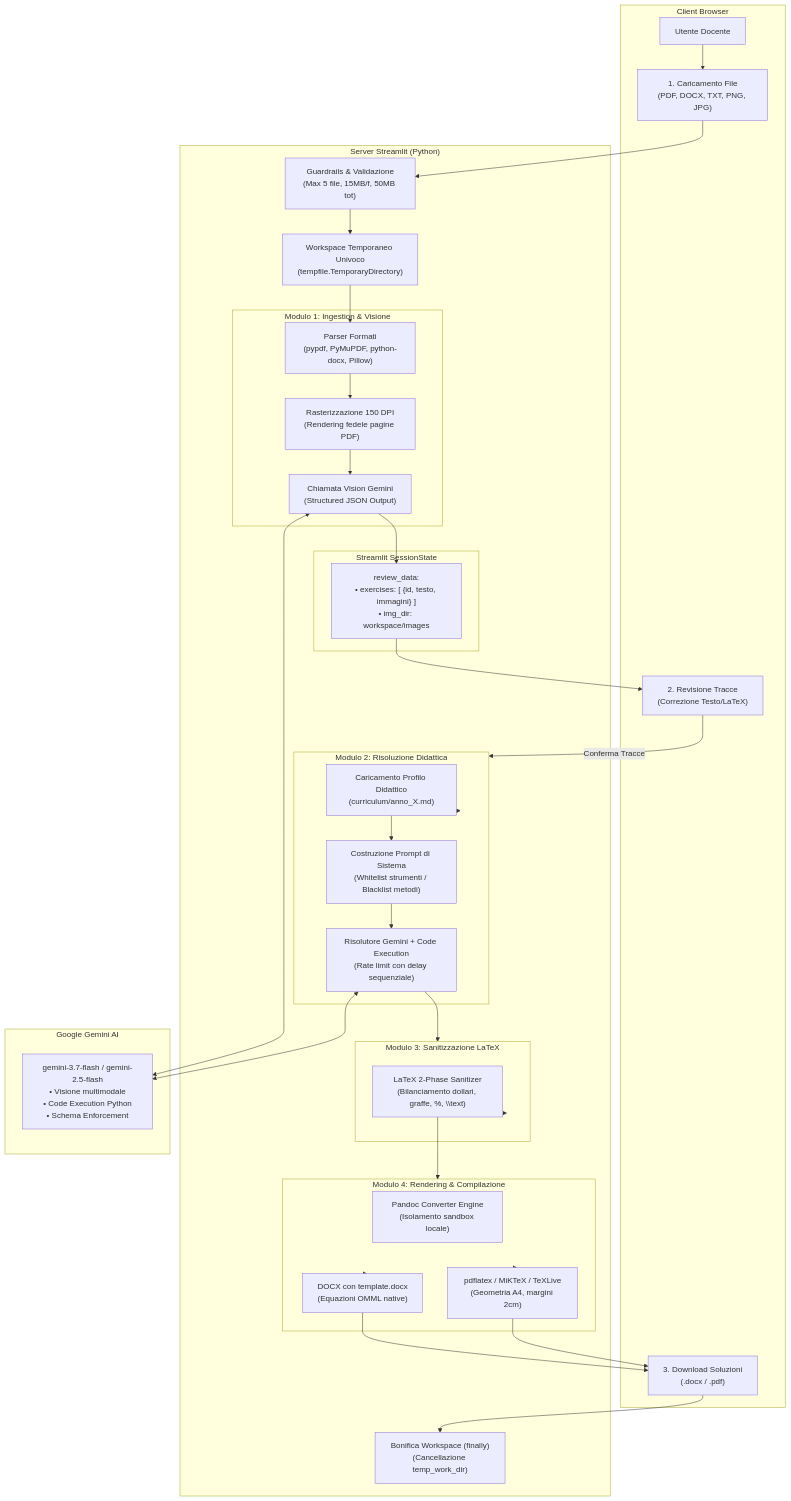
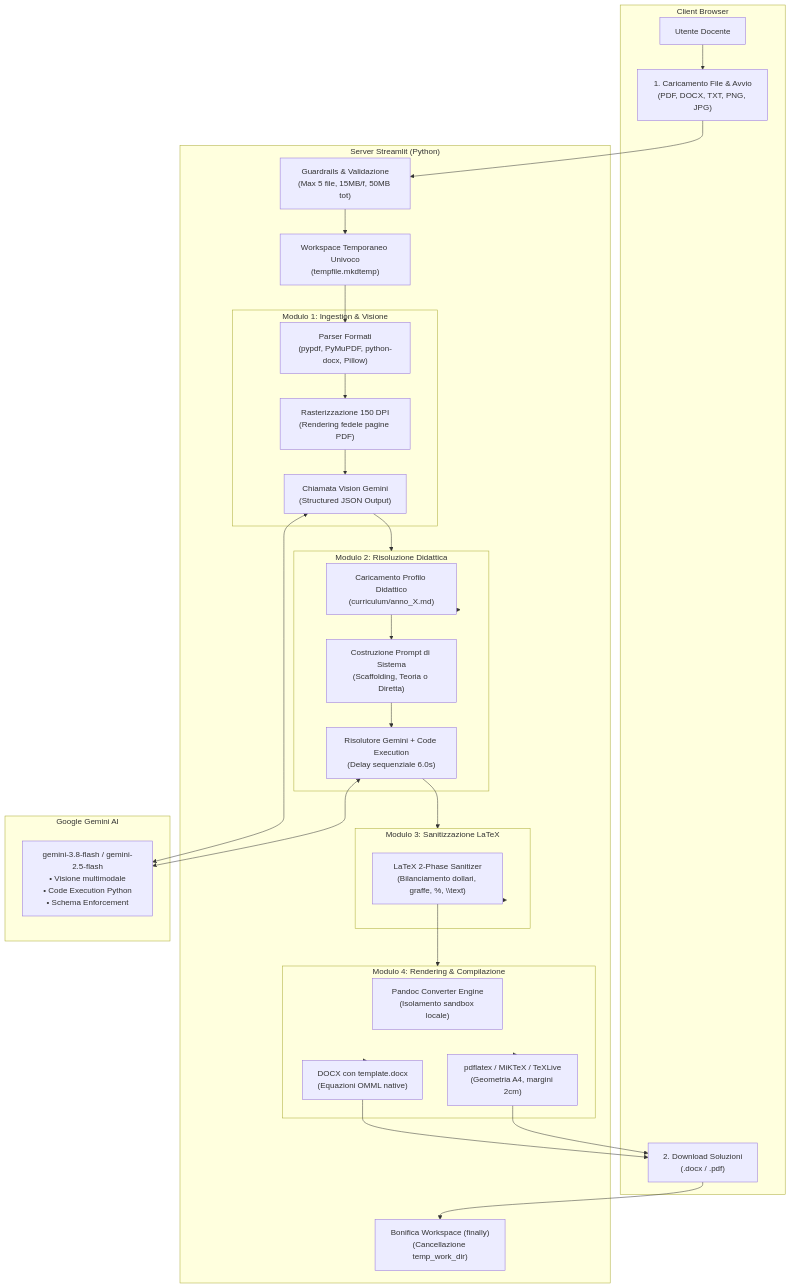
The diagram in ARCHITECTURE.md (tommasopatti2-a11y/CorrettoreAutomatico), drawn with Mermaid before and after one commit. The commit also changed other lines of this file and 2 other files, not shown here.

Commit message:
feat: pipeline diretta senza revisione tracce e rimozione limite 10 esercizi

````diff
--- a/ARCHITECTURE.md
+++ b/ARCHITECTURE.md
@@ -30,71 +30,63 @@
 ```mermaid
 flowchart TD
     subgraph Client ["Client Browser"]
         U["Utente Docente"]
-        UI_Upload["1. Caricamento File\n(PDF, DOCX, TXT, PNG, JPG)"]
-        UI_Review["2. Revisione Tracce\n(Correzione Testo/LaTeX)"]
-        UI_Download["3. Download Soluzioni\n(.docx / .pdf)"]
+        UI_Upload["1. Caricamento File & Avvio\n(PDF, DOCX, TXT, PNG, JPG)"]
+        UI_Download["2. Download Soluzioni\n(.docx / .pdf)"]
     end
 
     subgraph AppServer ["Server Streamlit (Python)"]
         Guard["Guardrails & Validazione\n(Max 5 file, 15MB/f, 50MB tot)"]
-        TempWork["Workspace Temporaneo Univoco\n(tempfile.TemporaryDirectory)"]
+        TempWork["Workspace Temporaneo Univoco\n(tempfile.mkdtemp)"]
         
         subgraph Modulo1 ["Modulo 1: Ingestion & Visione"]
             Parser["Parser Formati\n(pypdf, PyMuPDF, python-docx, Pillow)"]
             Raster["Rasterizzazione 150 DPI\n(Rendering fedele pagine PDF)"]
             VisionGenAI["Chiamata Vision Gemini\n(Structured JSON Output)"]
         end
 
-        subgraph SessionState ["Streamlit SessionState"]
-            StateData["review_data:\n• exercises: [ {id, testo, immagini} ]\n• img_dir: workspace/images"]
-        end
-
         subgraph Modulo2 ["Modulo 2: Risoluzione Didattica"]
             Curriculum["Caricamento Profilo Didattico\n(curriculum/anno_X.md)"]
-            PromptBuild["Costruzione Prompt di Sistema\n(Whitelist strumenti / Blacklist metodi)"]
-            SolverGenAI["Risolutore Gemini + Code Execution\n(Rate limit con delay sequenziale)"]
+            PromptBuild["Costruzione Prompt di Sistema\n(Scaffolding, Teoria o Diretta)"]
+            SolverGenAI["Risolutore Gemini + Code Execution\n(Delay sequenziale 6.0s)"]
         end
 
         subgraph Modulo3 ["Modulo 3: Sanitizzazione LaTeX"]
             Sanitizer["LaTeX 2-Phase Sanitizer\n(Bilanciamento dollari, graffe, %, \\text)"]
         end
 
         subgraph Modulo4 ["Modulo 4: Rendering & Compilazione"]
             PandocEngine["Pandoc Converter Engine\n(Isolamento sandbox locale)"]
             DocxGen["DOCX con template.docx\n(Equazioni OMML native)"]
             PdfGen["pdflatex / MiKTeX / TeXLive\n(Geometria A4, margini 2cm)"]
         end
 
         Cleanup["Bonifica Workspace (finally)\n(Cancellazione temp_work_dir)"]
     end
 
     subgraph CloudAI ["Google Gemini AI"]
-        GeminiFlash["gemini-3.7-flash / gemini-2.5-flash\n• Visione multimodale\n• Code Execution Python\n• Schema Enforcement"]
+        GeminiFlash["gemini-3.8-flash / gemini-2.5-flash\n• Visione multimodale\n• Code Execution Python\n• Schema Enforcement"]
     end
 
     %% Flusso Principale
     U --> UI_Upload
     UI_Upload --> Guard
     Guard --> TempWork
     TempWork --> Parser
     Parser --> Raster
     Raster --> VisionGenAI
     VisionGenAI <--> GeminiFlash
-    VisionGenAI --> StateData
-    StateData --> UI_Review
-
-    UI_Review -->|Conferma Tracce| Modulo2
+    VisionGenAI --> Modulo2
     Modulo2 --> Curriculum
     Curriculum --> PromptBuild
     PromptBuild --> SolverGenAI
     SolverGenAI <--> GeminiFlash
     SolverGenAI --> Modulo3
     Modulo3 --> Sanitizer
     Sanitizer --> Modulo4
     Modulo4 --> DocxGen
     Modulo4 --> PdfGen
     DocxGen --> UI_Download
     PdfGen --> UI_Download
     UI_Download --> Cleanup
 ```
````
